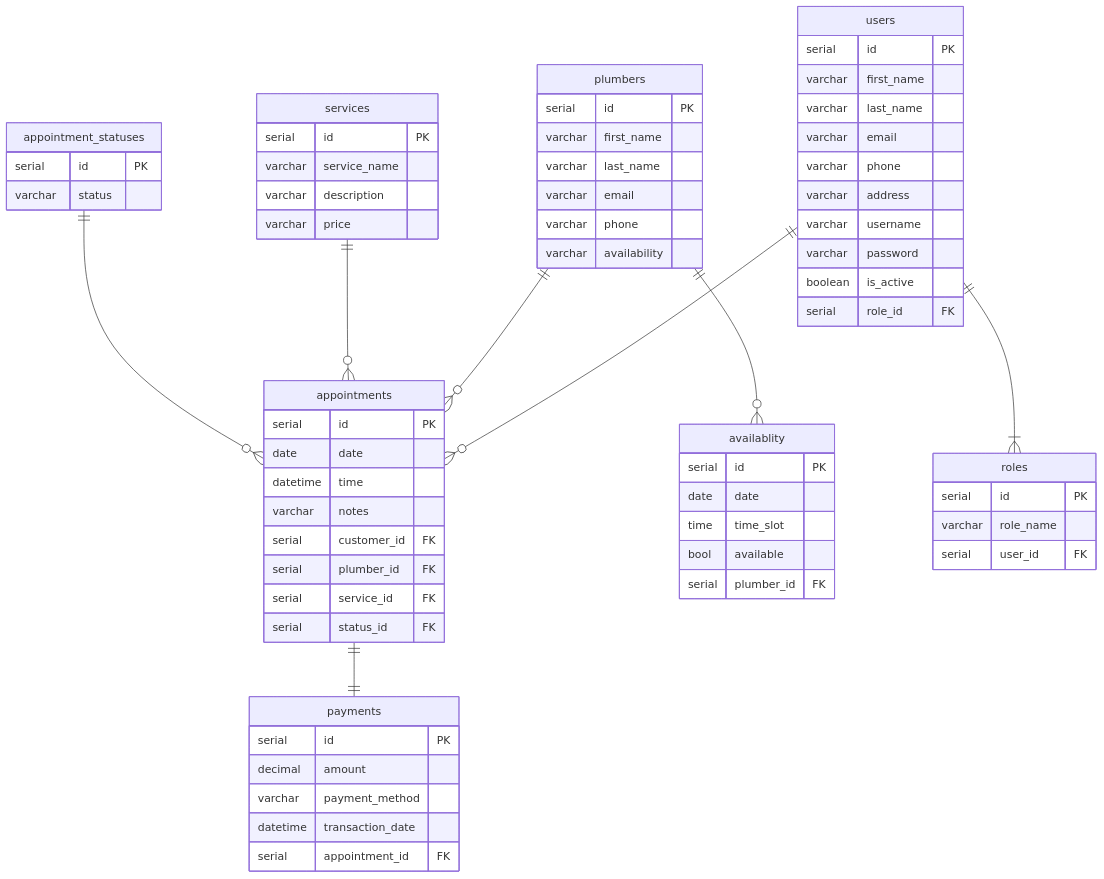
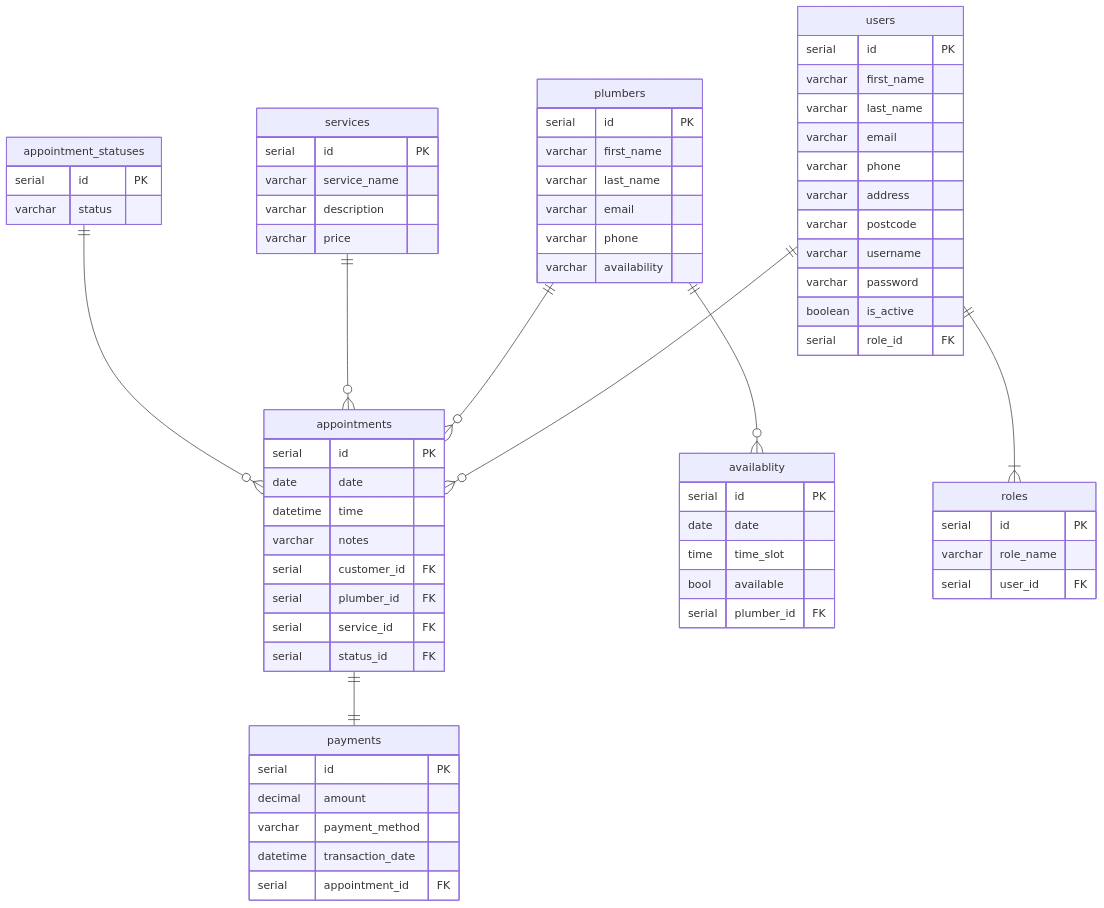
One commit to KerryK2021/Plumbing-Company-Appointment-System changed the second of 2 diagrams in README.md. Above: the diagram before and after it, drawn with Mermaid.

````diff
--- a/README.md
+++ b/README.md
@@ -17,78 +17,79 @@
 ```mermaid
 erDiagram
         users {
         serial id PK
         varchar first_name
         varchar last_name
         varchar email
         varchar phone
         varchar address
+        varchar postcode
         varchar username
         varchar password
         boolean is_active
         serial role_id FK
     }
 
     appointments {
         serial id PK
         date date
         datetime time
         varchar notes
         serial customer_id FK
         serial plumber_id FK
         serial service_id FK
         serial status_id FK
     }
 
     plumbers {
         serial id PK
         varchar first_name 
         varchar last_name
         varchar email
         varchar phone
         varchar availability
     }
 
     services {
         serial id PK
         varchar service_name
         varchar description
         varchar price
     }
 
     appointment_statuses {
         serial id PK
         varchar status
     }
 
     payments {
         serial id PK
         decimal amount
         varchar payment_method 
         datetime transaction_date
         serial appointment_id FK
     }
 
     availablity {
         serial id PK
         date date
         time time_slot
         bool available
         serial plumber_id FK
     }
 
     roles {
         serial id PK
         varchar role_name
         serial user_id FK
     }
 
     users ||--o{ appointments : ""
     plumbers ||--o{ appointments : ""
     services ||--o{ appointments : ""
     appointment_statuses ||--o{ appointments : ""
     appointments ||--|| payments : ""
     plumbers ||--o{ availablity : ""
     users ||--|{ roles : ""
 
 ```
````
